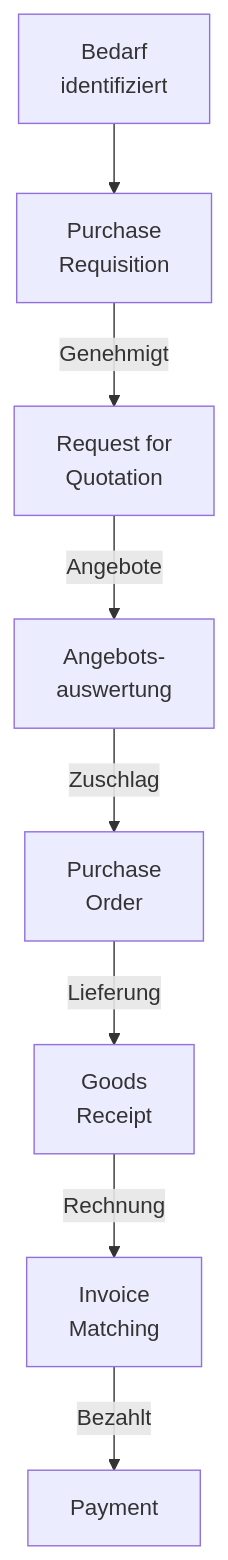
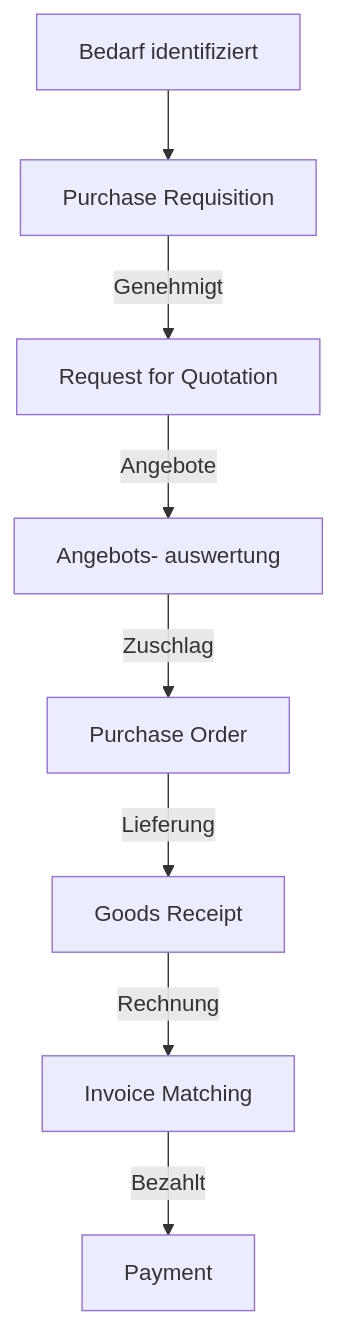
Before and after one commit to SoniiiT/notes-n-docs: the fourth of 7 diagrams in Microsoft 365/Dynamics 365/Dynamics 365 Supply Chain Management.md, drawn with Mermaid. The commit also changed other lines of this file and 124 other files, not shown here.

First line of the commit message:
fix: Entferne \n aus allen Mermaid-Diagrammen (125 Dateien)

````diff
--- a/Microsoft 365/Dynamics 365/Dynamics 365 Supply Chain Management.md
+++ b/Microsoft 365/Dynamics 365/Dynamics 365 Supply Chain Management.md
@@ -114,10 +114,10 @@
 ```mermaid
 graph TD
-    NEED[Bedarf\nidentifiziert] --> PR[Purchase\nRequisition]
-    PR -->|Genehmigt| RFQ[Request for\nQuotation]
-    RFQ -->|Angebote| EVAL[Angebots-\nauswertung]
-    EVAL -->|Zuschlag| PO[Purchase\nOrder]
-    PO -->|Lieferung| GR[Goods\nReceipt]
-    GR -->|Rechnung| INV[Invoice\nMatching]
+    NEED[Bedarf identifiziert] --> PR[Purchase Requisition]
+    PR -->|Genehmigt| RFQ[Request for Quotation]
+    RFQ -->|Angebote| EVAL[Angebots- auswertung]
+    EVAL -->|Zuschlag| PO[Purchase Order]
+    PO -->|Lieferung| GR[Goods Receipt]
+    GR -->|Rechnung| INV[Invoice Matching]
     INV -->|Bezahlt| PAY[Payment]
 ```
````
